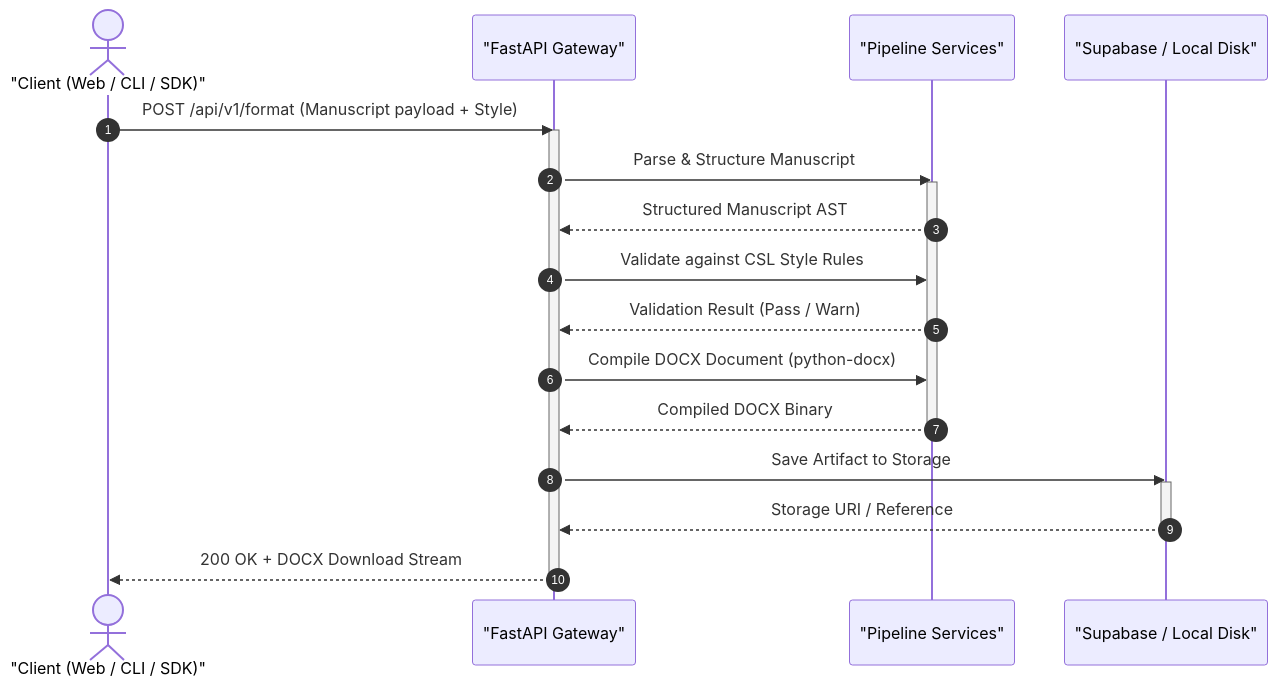
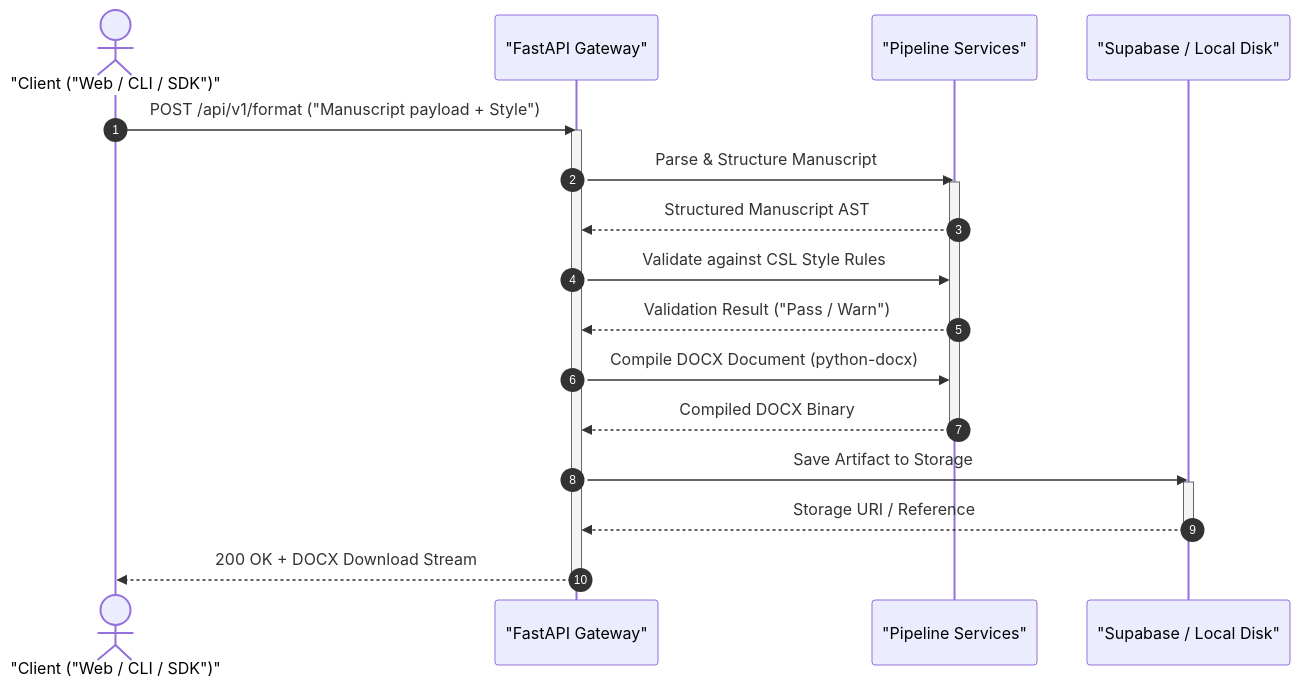
Before and after one commit to rohitkumarnaidu/ScholarFormAI: the first of 4 diagrams in docs/docs/architecture/data-flow.md, drawn with Mermaid. The commit also changed other lines of this file and 611 other files, not shown here.

````diff
--- a/docs/docs/architecture/data-flow.md
+++ b/docs/docs/architecture/data-flow.md
@@ -19,25 +19,25 @@
 ```mermaid
 sequenceDiagram
     autonumber
-    actor User as "Client (Web / CLI / SDK)"
+    actor User as "Client ("Web / CLI / SDK")"
     participant API as "FastAPI Gateway"
     participant Services as "Pipeline Services"
     participant Storage as "Supabase / Local Disk"
 
-    User->>API: POST /api/v1/format (Manuscript payload + Style)
+    User->>API: POST /api/v1/format ("Manuscript payload + Style")
     activate API
     API->>Services: Parse & Structure Manuscript
     activate Services
     Services-->>API: Structured Manuscript AST
     API->>Services: Validate against CSL Style Rules
-    Services-->>API: Validation Result (Pass / Warn)
+    Services-->>API: Validation Result ("Pass / Warn")
     API->>Services: Compile DOCX Document (python-docx)
     Services-->>API: Compiled DOCX Binary
     deactivate Services
     API->>Storage: Save Artifact to Storage
     activate Storage
     Storage-->>API: Storage URI / Reference
     deactivate Storage
     API-->>User: 200 OK + DOCX Download Stream
     deactivate API
 ```
````
